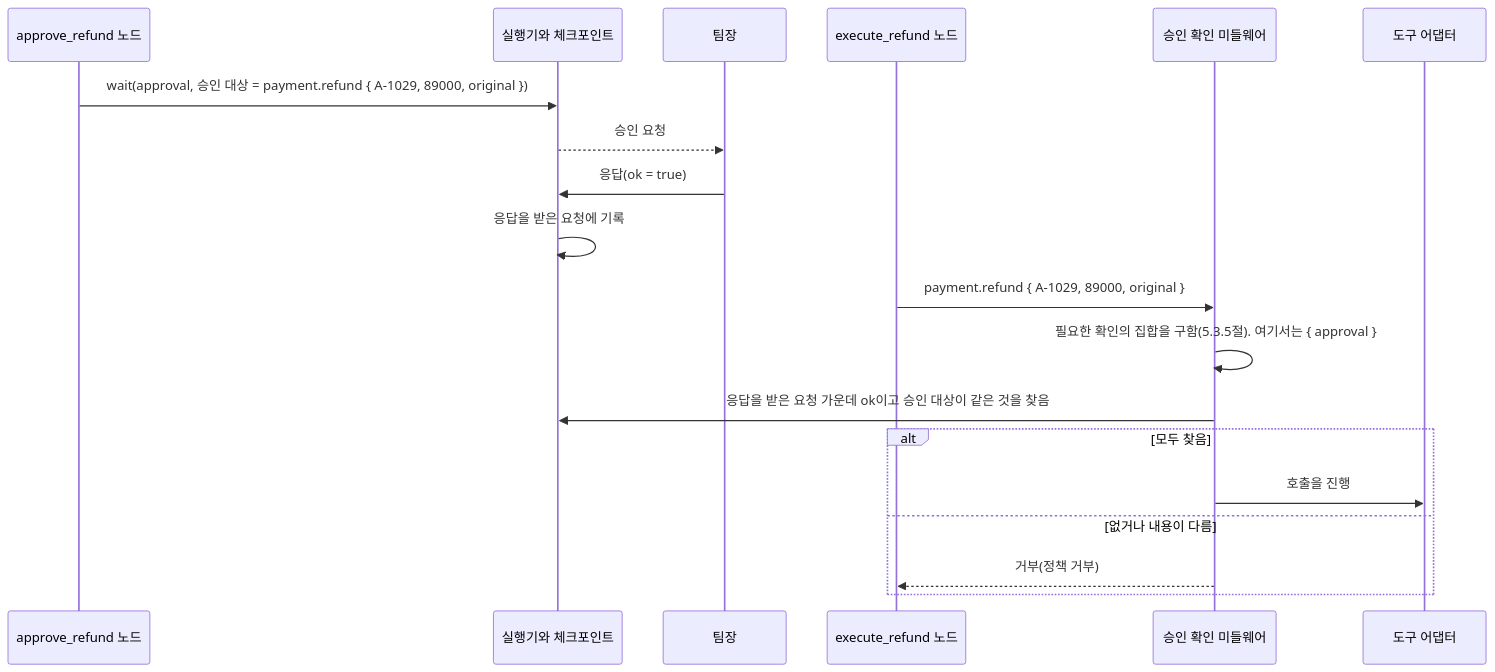
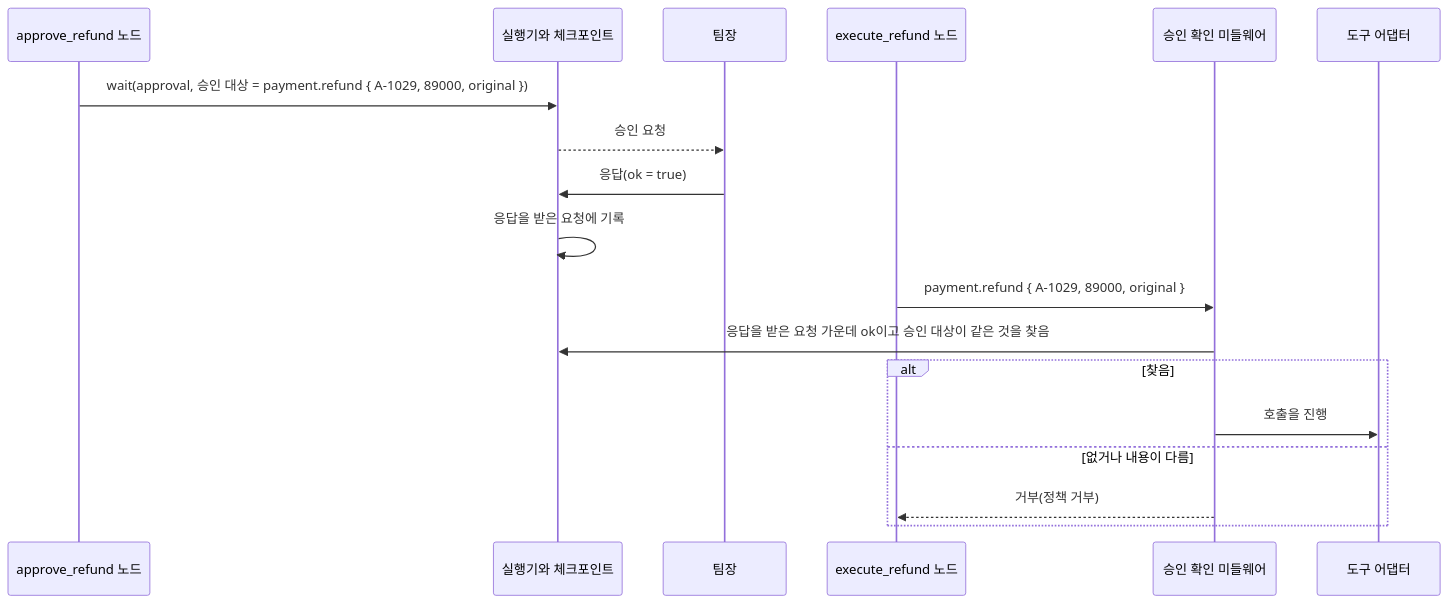
Before and after one commit to iwindfree/ai-agent-framework-architecture: diagram 22 of 27 in 00.architecture.md, drawn with Mermaid. The commit also changed other lines of this file, not shown here.

First line of the commit message:
Simplify approval in 5.3.3 and move confirmation kinds to future work

````diff
--- a/00.architecture.md
+++ b/00.architecture.md
@@ -1856,21 +1846,20 @@
 ```mermaid
 sequenceDiagram
     participant P as approve_refund 노드
     participant X as 실행기와 체크포인트
     participant R as 팀장
     participant E as execute_refund 노드
     participant C as 승인 확인 미들웨어
     participant T as 도구 어댑터
     P->>X: wait(approval, 승인 대상 = payment.refund { A-1029, 89000, original })
     X-->>R: 승인 요청
     R->>X: 응답(ok = true)
     X->>X: 응답을 받은 요청에 기록
     E->>C: payment.refund { A-1029, 89000, original }
-    C->>C: 필요한 확인의 집합을 구함(5.3.5절). 여기서는 { approval }
     C->>X: 응답을 받은 요청 가운데 ok이고 승인 대상이 같은 것을 찾음
-    alt 모두 찾음
+    alt 찾음
         C->>T: 호출을 진행
     else 없거나 내용이 다름
         C-->>E: 거부(정책 거부)
     end
 ```
````
